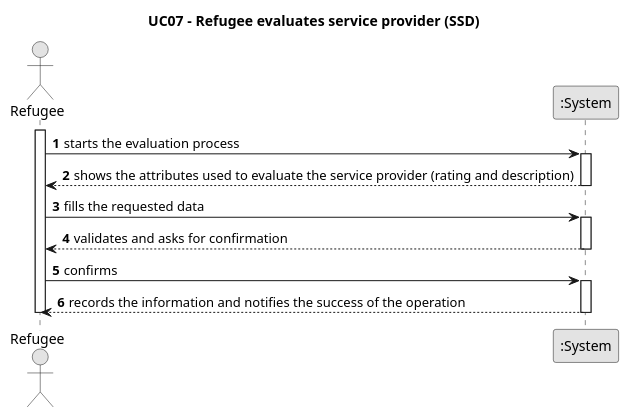
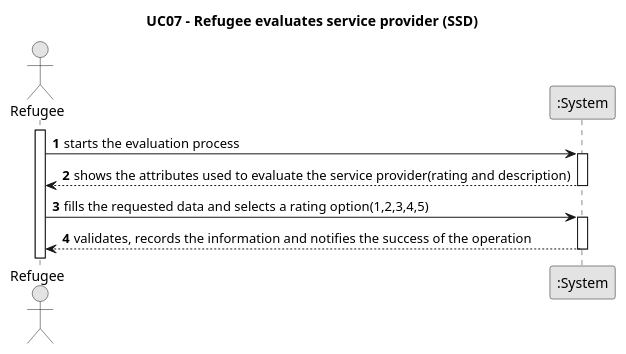
One commit to Chirano/GladlyGiven changed the diagram in javaSprint2GladlyGiven/Docs/UseCases/uc07/requirements/puml/uc07-SSD.puml. Above: the diagram before and after it, drawn with PlantUML. The commit also changed 6 other files, not shown here.

```diff
--- a/javaSprint2GladlyGiven/Docs/UseCases/uc07/requirements/puml/uc07-SSD.puml
+++ b/javaSprint2GladlyGiven/Docs/UseCases/uc07/requirements/puml/uc07-SSD.puml
@@ -1,31 +1,25 @@
 @startuml
 'https://plantuml.com/sequence-diagram
 
 skinparam monochrome true
 skinparam packageStyle rectangle
 skinparam shadowing false
 
 title UC07 - Refugee evaluates service provider (SSD)
 
 autonumber
 
 actor Refugee
 participant ":System" as System
 
 activate Refugee
     Refugee -> System : starts the evaluation process
     activate System
-        System --> Refugee : shows the attributes used to evaluate the service provider (rating and description)
+        System --> Refugee : shows the attributes used to evaluate the service provider(rating and description)
     deactivate System
 
-    Refugee -> System : fills the requested data
+    Refugee -> System : fills the requested data and selects a rating option(1,2,3,4,5)
     activate System
-        System --> Refugee : validates and asks for confirmation
+        System --> Refugee : validates, records the information and notifies the success of the operation
     deactivate System
-
-    Refugee -> System : confirms
-    activate System
-        System --> Refugee : records the information and notifies the success of the operation
-    deactivate System
-deactivate Refugee
 @enduml
```
